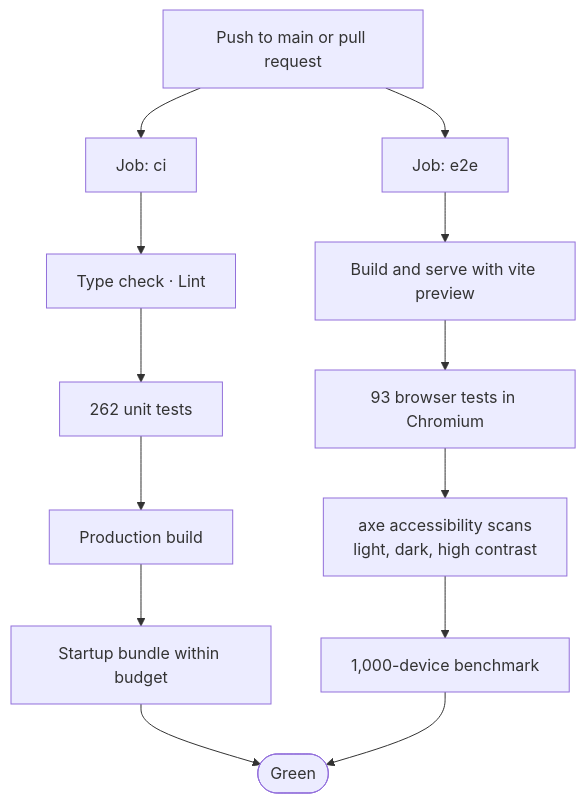
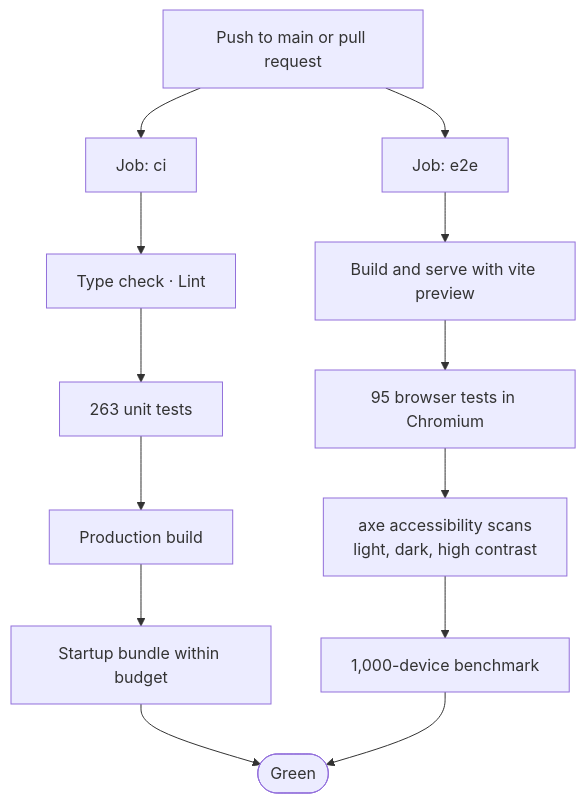
Before and after one commit to vijaykumargowdakk/ReSecArc: diagram 29 of 32 in README.md, drawn with Mermaid. The commit also changed other lines of this file and 9 other files, not shown here.

````diff
--- a/README.md
+++ b/README.md
@@ -1281,15 +1282,15 @@
 ```mermaid
 flowchart TB
     PUSH["Push to main or pull request"] --> J1["Job: ci"]
     PUSH --> J2["Job: e2e"]
     J1 --> A1["Type check · Lint"]
-    A1 --> A2["262 unit tests"]
+    A1 --> A2["263 unit tests"]
     A2 --> A3["Production build"]
     A3 --> A4["Startup bundle within budget"]
     J2 --> B1["Build and serve with vite preview"]
-    B1 --> B2["93 browser tests in Chromium"]
+    B1 --> B2["95 browser tests in Chromium"]
     B2 --> B3["axe accessibility scans<br/>light, dark, high contrast"]
     B3 --> B4["1,000-device benchmark"]
     A4 --> OK(["Green"])
     B4 --> OK
 ```
````
